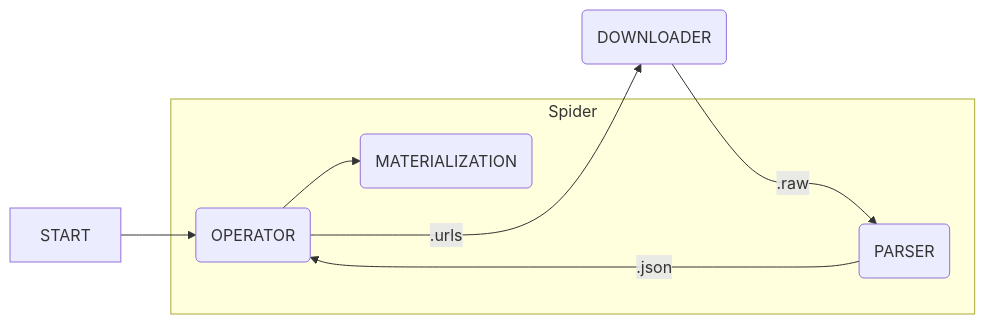
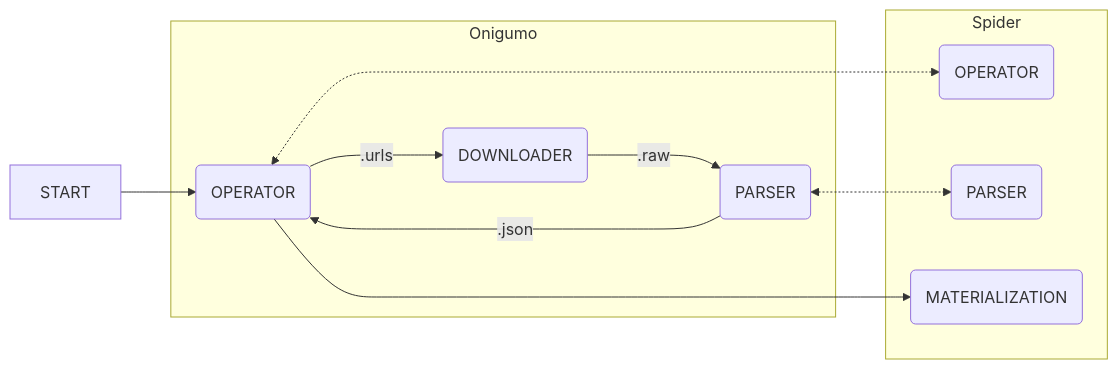
One commit to Glutexo/onigumo changed the diagram in README.md. Above: the diagram before and after it, drawn with Mermaid.

Commit message:
Paste in the correct flowchart
I inserted a wrong flowchart in the first commit.

````diff
--- a/README.md
+++ b/README.md
@@ -17,14 +17,24 @@
 ```mermaid
 flowchart LR
-    START              -->         operator(OPERATOR)
-    operator   -- <hash>.urls ---> downloader(DOWNLOADER)
-    downloader -- <hash>.raw  ---> parser(PARSER)
-    parser     -- <hash>.json ---> operator
-    operator           -->         materialization(MATERIALIZATION)
+    START                      -->         onigumo_operator(OPERATOR)
+    onigumo_operator   -- <hash>.urls ---> onigumo_downloader(DOWNLOADER)
+    onigumo_downloader -- <hash>.raw  ---> onigumo_parser(PARSER)
+    onigumo_parser     -- <hash>.json ---> onigumo_operator
+	
+	onigumo_operator          <-.->        spider_operator(OPERATOR)
+	onigumo_parser            <-.->        spider_parser(PARSER)
+
+    onigumo_operator           -->         spider_materialization(MATERIALIZATION)
+	
+	subgraph Onigumo
+	    onigumo_operator
+		onigumo_downloader
+		onigumo_parser
+	end
 
     subgraph Spider
-       operator
-       parser
-       materialization
+       spider_operator
+       spider_parser
+       spider_materialization
     end
 ```
````
